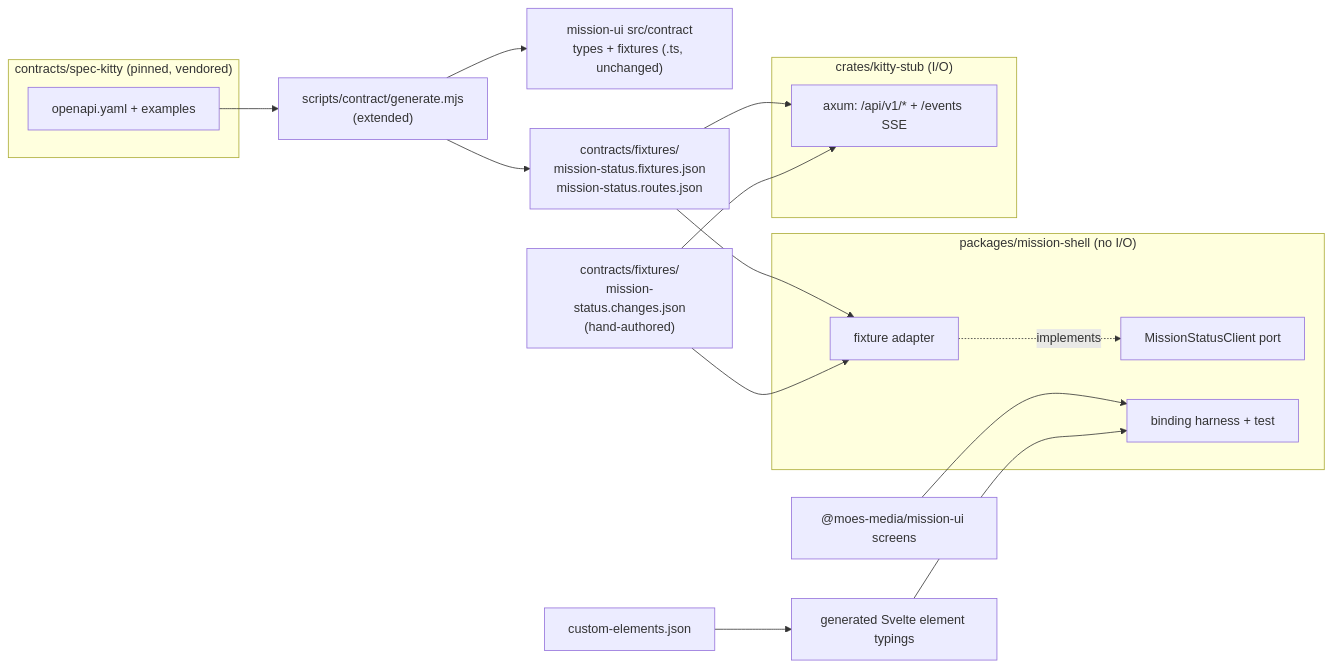
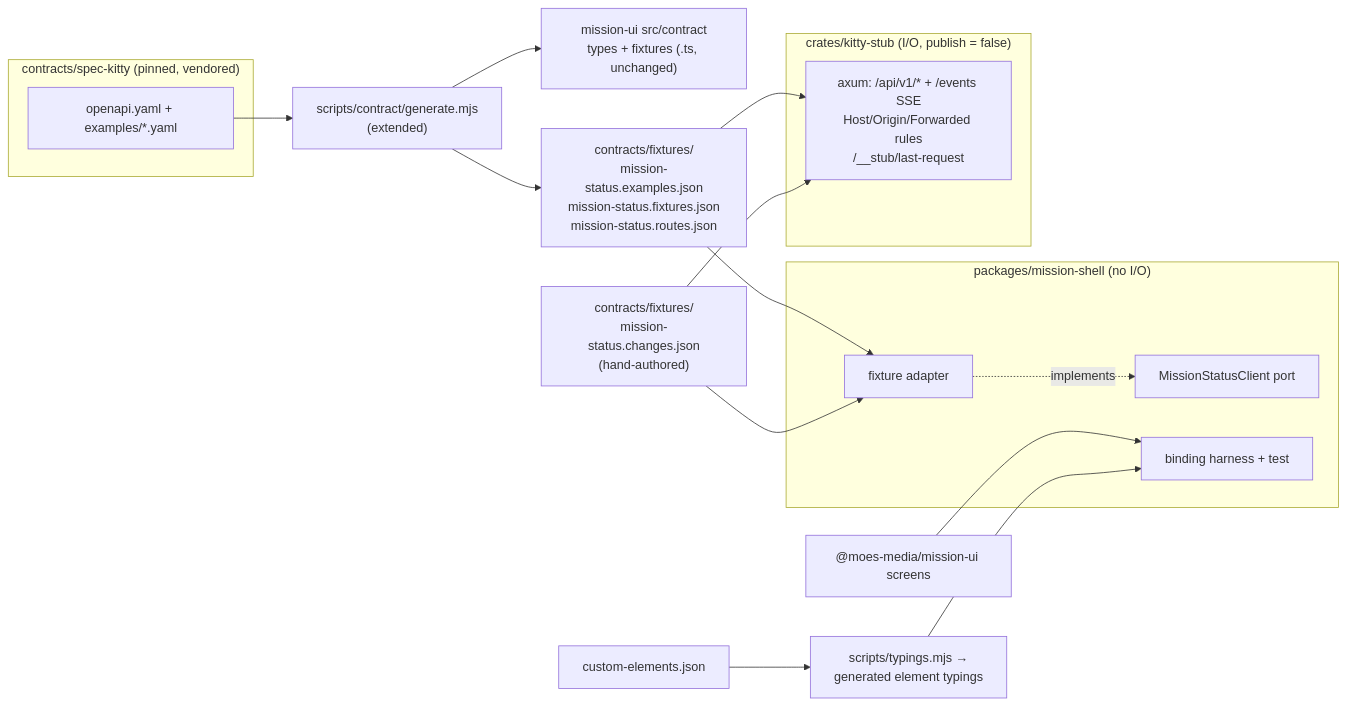
One commit to MOES-Media/kitty-mission-ui changed the diagram in kitty-specs/phase0-bootstrap-01M4V5KK/plan.md. Above: the diagram before and after it, drawn with Mermaid. The commit also changed other lines of this file and 10 other files, not shown here.

````diff
--- a/kitty-specs/phase0-bootstrap-01M4V5KK/plan.md
+++ b/kitty-specs/phase0-bootstrap-01M4V5KK/plan.md
@@ -58,26 +72,26 @@
 ```mermaid
 flowchart LR
   subgraph pinned["contracts/spec-kitty (pinned, vendored)"]
-    OAS[openapi.yaml + examples]
+    OAS[openapi.yaml + examples/*.yaml]
   end
   GEN["scripts/contract/generate.mjs<br/>(extended)"]
   OAS --> GEN
   GEN --> TS["mission-ui src/contract<br/>types + fixtures (.ts, unchanged)"]
-  GEN --> FJ["contracts/fixtures/<br/>mission-status.fixtures.json<br/>mission-status.routes.json"]
+  GEN --> FJ["contracts/fixtures/<br/>mission-status.examples.json<br/>mission-status.fixtures.json<br/>mission-status.routes.json"]
   SEQ["contracts/fixtures/<br/>mission-status.changes.json<br/>(hand-authored)"]
   subgraph shell["packages/mission-shell (no I/O)"]
     PORT[MissionStatusClient port]
     FIX[fixture adapter]
     BIND[binding harness + test]
   end
   FJ --> FIX
   SEQ --> FIX
   FIX -.implements.-> PORT
-  subgraph stub["crates/kitty-stub (I/O)"]
-    HTTP["axum: /api/v1/* + /events SSE"]
+  subgraph stub["crates/kitty-stub (I/O, publish = false)"]
+    HTTP["axum: /api/v1/* + /events SSE<br/>Host/Origin/Forwarded rules<br/>/__stub/last-request"]
   end
   FJ --> HTTP
   SEQ --> HTTP
   MUI["@moes-media/mission-ui screens"] --> BIND
-  CEJ[custom-elements.json] --> TYP["generated Svelte element typings"] --> BIND
+  CEJ[custom-elements.json] --> TYP["scripts/typings.mjs →<br/>generated element typings"] --> BIND
 ```
````
